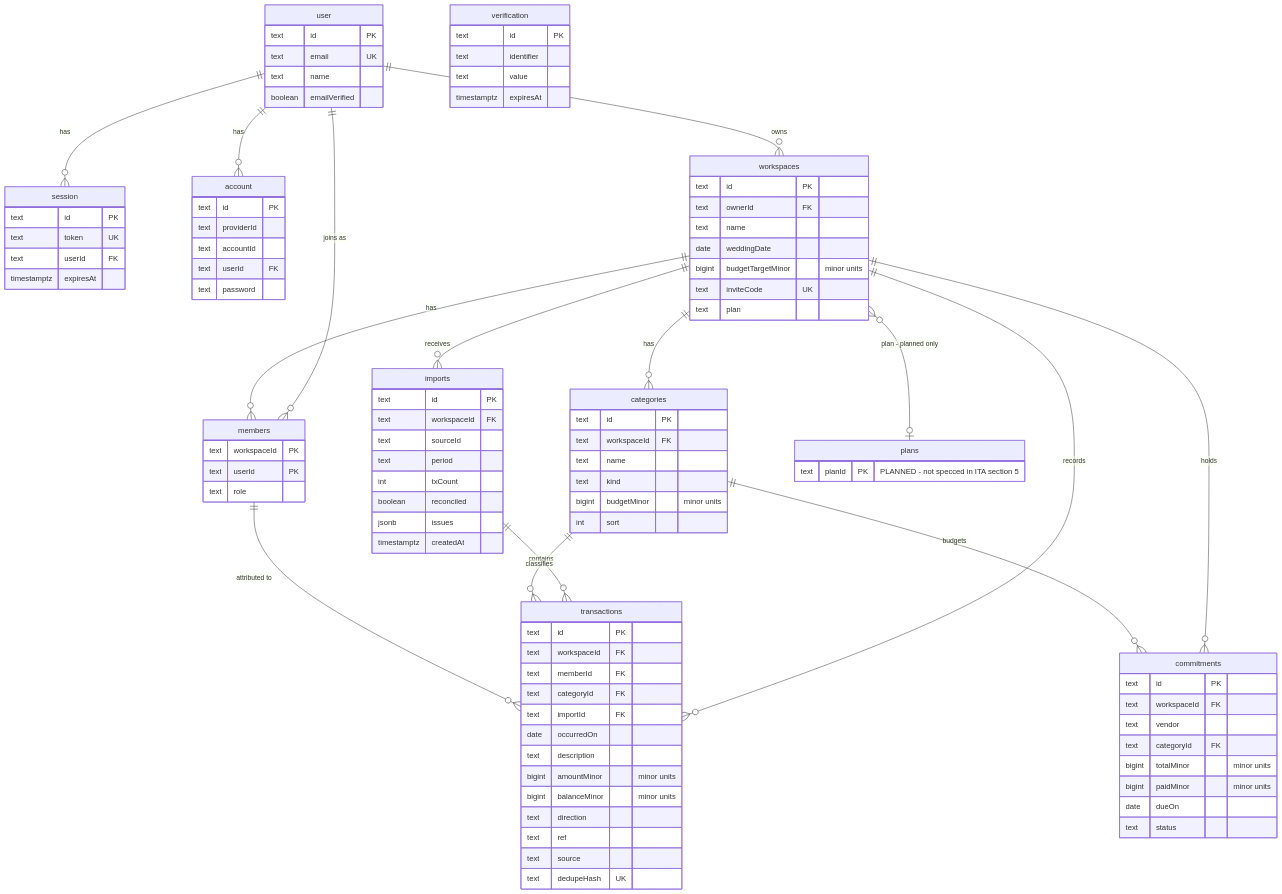
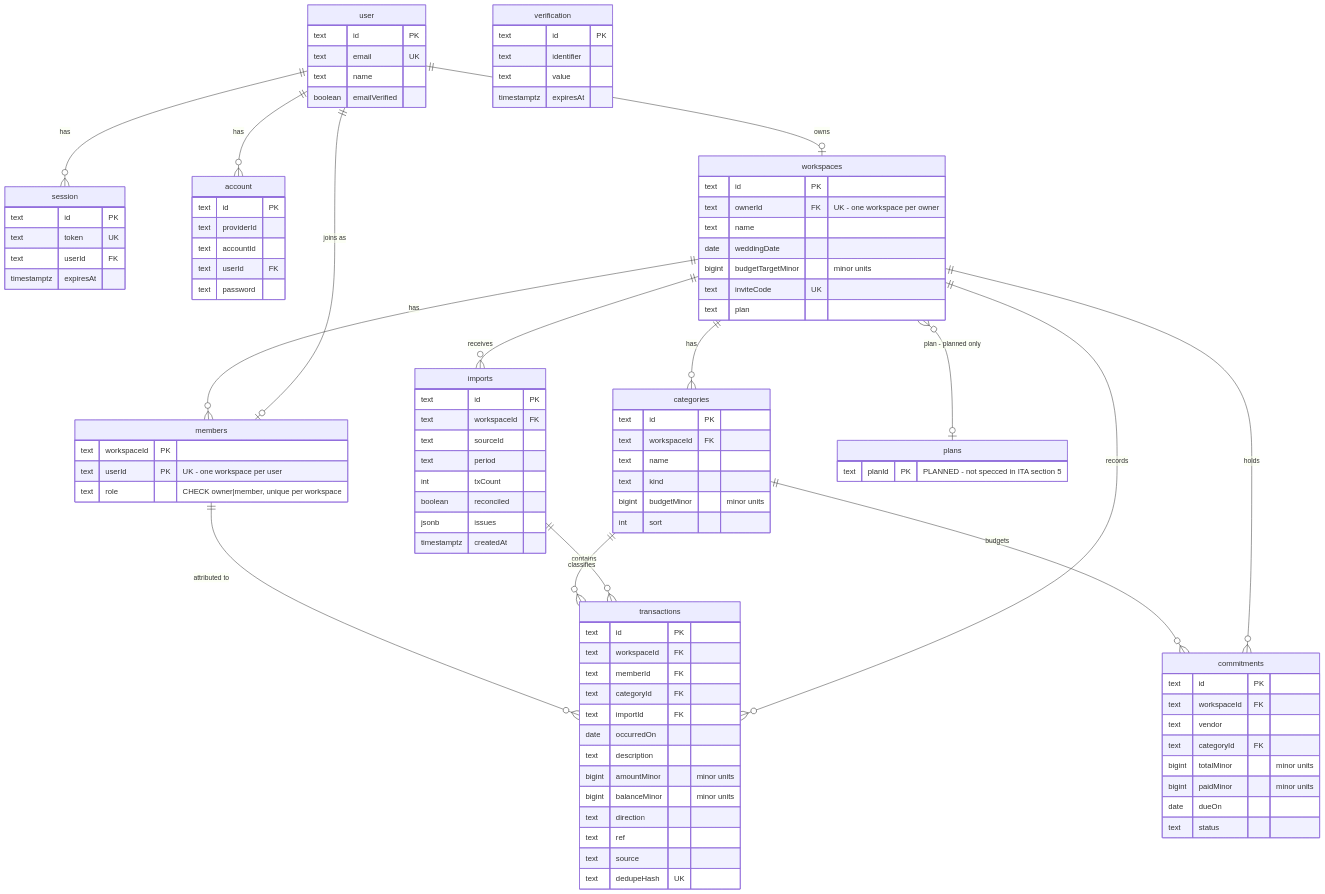
The diagram in docs/projects/ERD.md (BARBARBoyyHD/SahFund---Married-Ledger-Fund), drawn with Mermaid before and after one commit. The commit also changed other lines of this file, not shown here.

First line of the commit message:
docs(erd): enforce one-workspace-per-account and DB-enforced member cap

```diff
--- a/docs/projects/ERD.md
+++ b/docs/projects/ERD.md
@@ -24,8 +24,8 @@
 erDiagram
     user ||--o{ session : has
     user ||--o{ account : has
-    user ||--o{ workspaces : owns
-    user ||--o{ members : "joins as"
+    user ||--o| workspaces : owns
+    user ||--o| members : "joins as"
     workspaces ||--o{ members : has
     workspaces ||--o{ categories : has
     workspaces ||--o{ imports : receives
@@ -68,7 +68,7 @@
 
     workspaces {
         text id PK
-        text ownerId FK
+        text ownerId FK "UK - one workspace per owner"
         text name
         date weddingDate
         bigint budgetTargetMinor "minor units"
@@ -78,8 +78,8 @@
 
     members {
         text workspaceId PK
-        text userId PK
-        text role
+        text userId PK "UK - one workspace per user"
+        text role "CHECK owner|member, unique per workspace"
     }
 
     categories {
```
